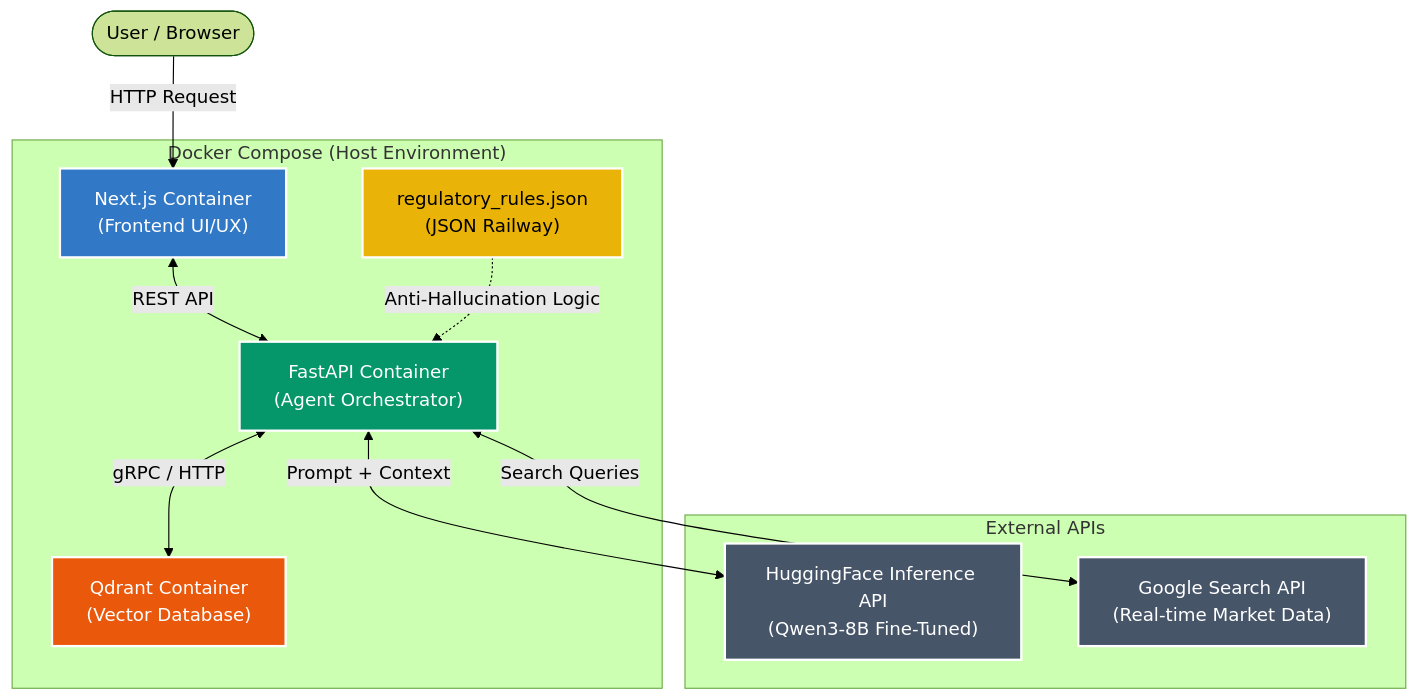
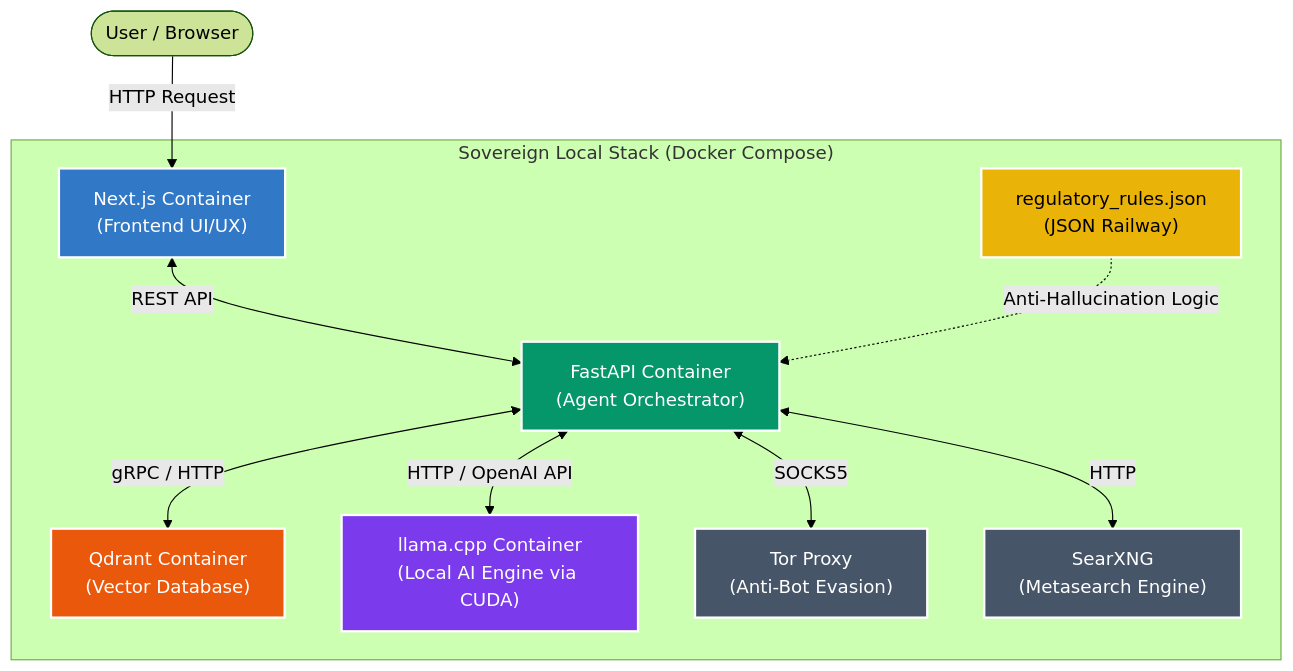
The first of 3 diagrams in APPA_Tech_Spec.md (Hiro347/APPA), drawn with Mermaid (forest theme) before and after one commit. The commit also changed other lines of this file and 18 other files, not shown here.

Commit message:
refactor: migrate to 6-container sovereign local stack and update documentation

````diff
--- a/APPA_Tech_Spec.md
+++ b/APPA_Tech_Spec.md
@@ -11,31 +11,30 @@
 ```mermaid
 graph TD
     %% Styling
     classDef frontend fill:#3178c6,stroke:#fff,stroke-width:2px,color:#fff;
     classDef backend fill:#059669,stroke:#fff,stroke-width:2px,color:#fff;
     classDef database fill:#ea580c,stroke:#fff,stroke-width:2px,color:#fff;
-    classDef external fill:#475569,stroke:#fff,stroke-width:2px,color:#fff;
+    classDef ai fill:#7c3aed,stroke:#fff,stroke-width:2px,color:#fff;
+    classDef tool fill:#475569,stroke:#fff,stroke-width:2px,color:#fff;
     classDef file fill:#eab308,stroke:#fff,stroke-width:2px,color:#000;
 
     User([User / Browser]) -->|HTTP Request| NextJS
     
-    subgraph "Docker Compose (Host Environment)"
+    subgraph "Sovereign Local Stack (Docker Compose)"
         NextJS["Next.js Container<br/>(Frontend UI/UX)"]:::frontend
         FastAPI["FastAPI Container<br/>(Agent Orchestrator)"]:::backend
         Qdrant["Qdrant Container<br/>(Vector Database)"]:::database
+        Llama["llama.cpp Container<br/>(Local AI Engine via CUDA)"]:::ai
+        Tor["Tor Proxy<br/>(Anti-Bot Evasion)"]:::tool
+        SearXNG["SearXNG<br/>(Metasearch Engine)"]:::tool
         
         NextJS <-->|REST API| FastAPI
         FastAPI <-->|gRPC / HTTP| Qdrant
+        FastAPI <-->|HTTP / OpenAI API| Llama
+        FastAPI <-->|SOCKS5| Tor
+        FastAPI <-->|HTTP| SearXNG
         
         Rules["regulatory_rules.json<br/>(JSON Railway)"]:::file
         Rules -.->|Anti-Hallucination Logic| FastAPI
     end
-
-    subgraph "External APIs"
-        HF["HuggingFace Inference API<br/>(Qwen3-8B Fine-Tuned)"]:::external
-        Google["Google Search API<br/>(Real-time Market Data)"]:::external
-    end
-
-    FastAPI <-->|Prompt + Context| HF
-    FastAPI <-->|Search Queries| Google
 ```
````
